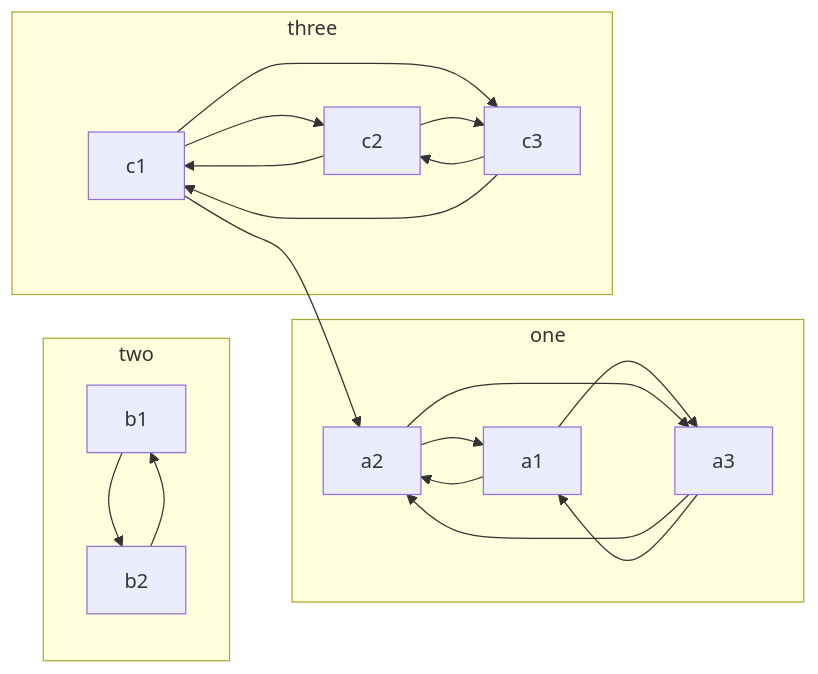
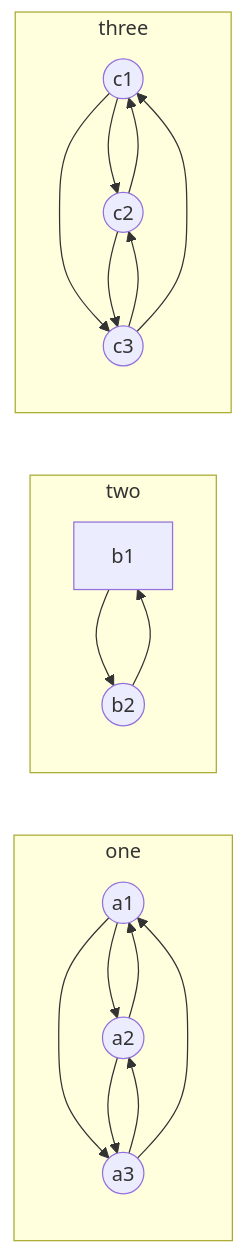
Before and after one commit to vergilken/Leetcode: the diagram in Welcome file.md, drawn with Mermaid. The commit also changed other lines of this file, not shown here.

Commit message:
Welcome file.md updated from https://stackedit.io/

````diff
--- a/Welcome file.md
+++ b/Welcome file.md
@@ -7,25 +7,25 @@
 ```mermaid
 graph LR
-c1-->a2
+
 subgraph one
-a1-->a2
-a1-->a3
+a1((a1))-->a2((a2))
+a1-->a3((a3))
 a2-->a1
 a2-->a3
 a3-->a2
 a3-->a1
 end
 subgraph two
-b1-->b2
+b1-->b2((b2))
 b2-->b1
 end
 subgraph three
-c1-->c2
-c1-->c3
+c1((c1))-->c2((c2))
+c1-->c3((c3))
 c2-->c1
 c2-->c3
 c3-->c2
 c3-->c1
 end
 
 ```
````
